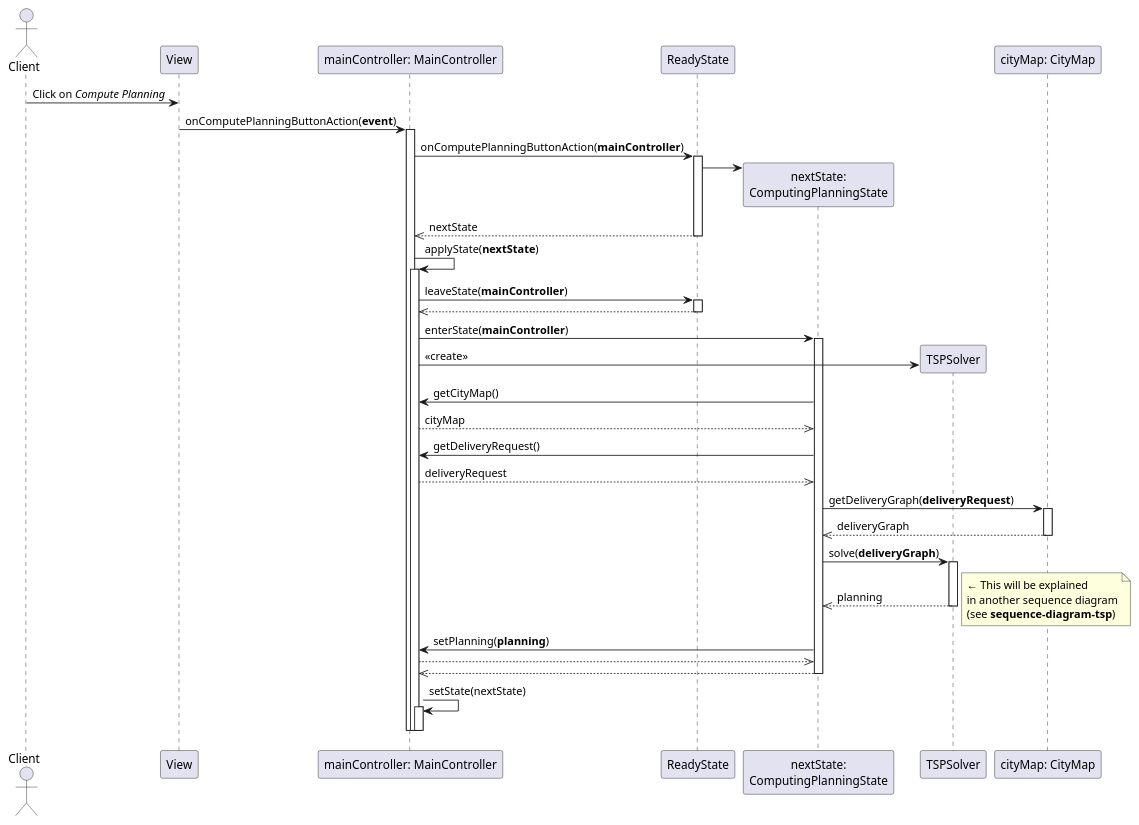
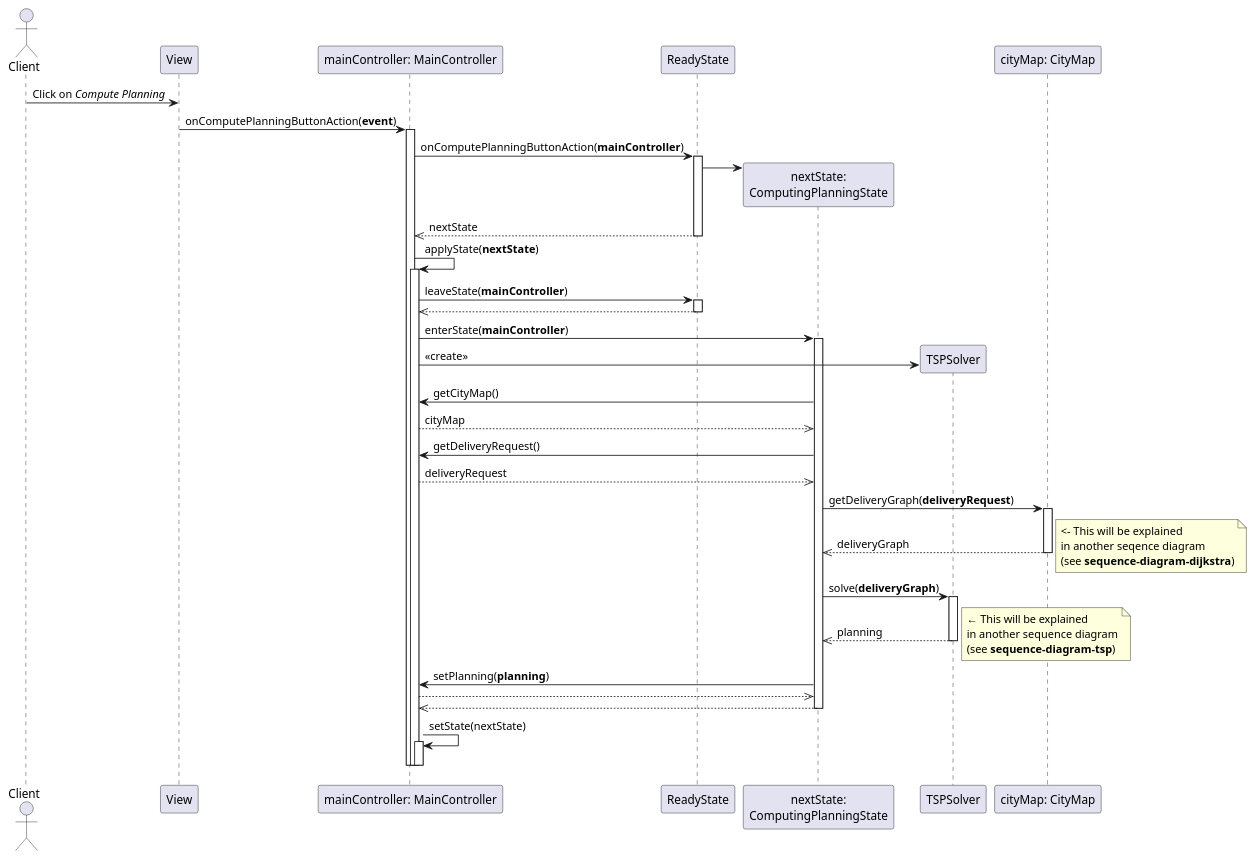
One commit to if-h4102/pld-agile changed the diagram in docs/uml/sequence-diagram-planning.puml. Above: the diagram before and after it, drawn with PlantUML.

Commit message:
Ajout d'une note pour refere le diagramme sequence dijkstra

```diff
--- a/docs/uml/sequence-diagram-planning.puml
+++ b/docs/uml/sequence-diagram-planning.puml
@@ -1,61 +1,62 @@
 @startuml
 actor Client as Cli
 participant View as V
 participant "mainController: MainController" as C
 participant ReadyState as RS
 participant "nextState:\nComputingPlanningState" as CPS
 participant TSPSolver as TSP
 participant "cityMap: CityMap" as CM
 
 Cli -> V : Click on //Compute Planning//
 V -> C : onComputePlanningButtonAction(**event**)
 activate C
 C -> RS : onComputePlanningButtonAction(**mainController**)
 activate RS
 
 create CPS
 RS -> CPS
 C <<-- RS: nextState
 deactivate RS
 
 C -> C: applyState(**nextState**)
 activate C
 C -> RS: leaveState(**mainController**)
 activate RS
 C <<-- RS
 deactivate RS
 
 C -> CPS: enterState(**mainController**)
 activate CPS
     create TSP
     C -> TSP: <<create>>
 
     C <- CPS: getCityMap()
     C -->> CPS: cityMap
     C <- CPS: getDeliveryRequest()
     C -->> CPS: deliveryRequest
 
     CPS -> CM: getDeliveryGraph(**deliveryRequest**)
     activate CM
 
     CPS <<-- CM: deliveryGraph
+    note right: <- This will be explained\nin another seqence diagram\n(see **sequence-diagram-dijkstra**)
     deactivate CM
 
     CPS -> TSP: solve(**deliveryGraph**)
     activate TSP
     CPS <<-- TSP: planning
     note right: ← This will be explained\nin another sequence diagram\n(see **sequence-diagram-tsp**)
     deactivate TSP
 
     C <- CPS: setPlanning(**planning**)
     C -->> CPS
 
     C <<-- CPS
 deactivate CPS
 C -> C: setState(nextState)
 activate C
 deactivate C
 deactivate C
 deactivate C
 
 @enduml
```
